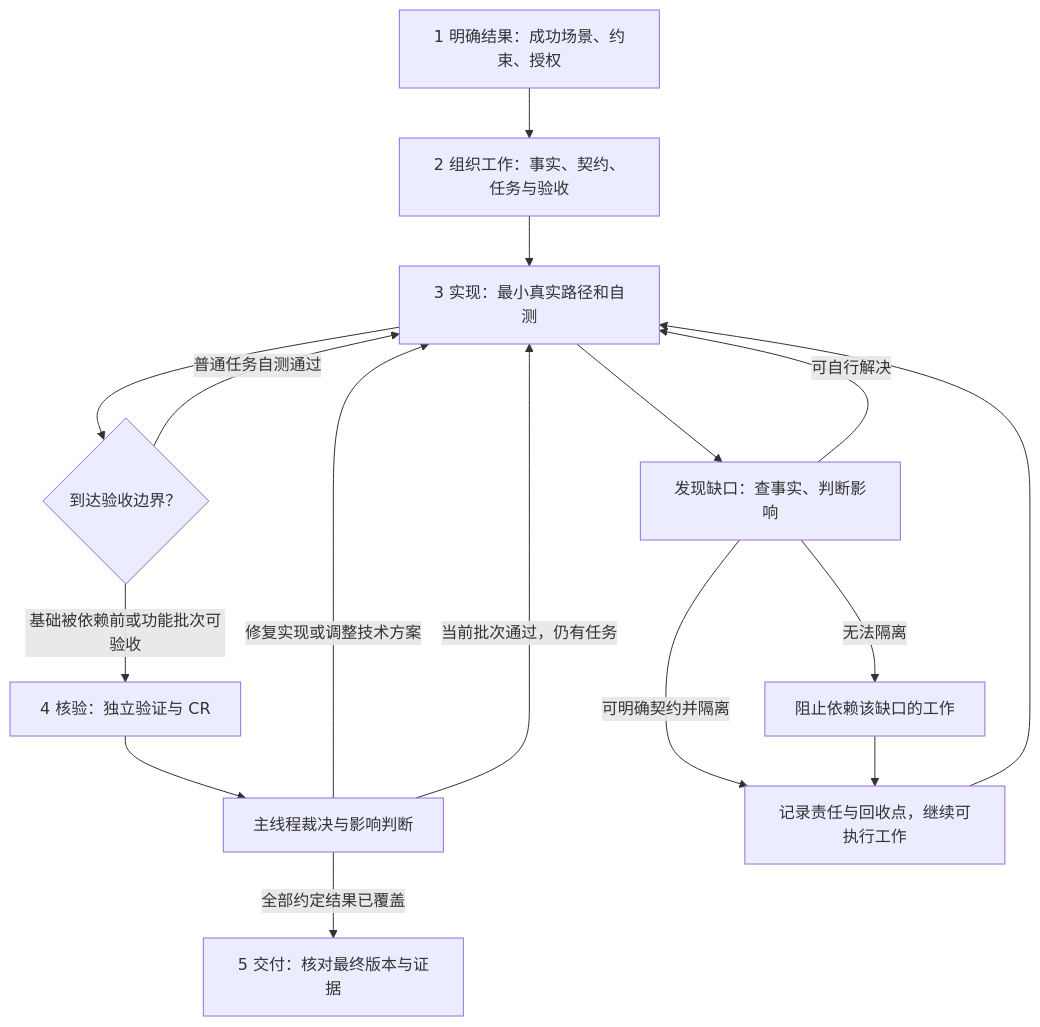
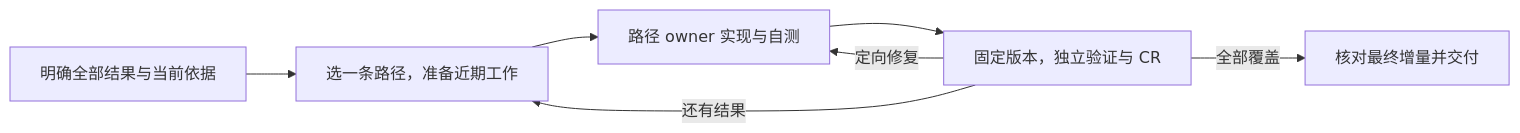
The diagram in references/delivery/agent-delivery-flow.md (ZHXHONG919/ai-coding-playbook), drawn with Mermaid before and after one commit. The commit also changed other lines of this file and 49 other files, not shown here.

````diff
--- a/references/delivery/agent-delivery-flow.md
+++ b/references/delivery/agent-delivery-flow.md
@@ -7,18 +11,9 @@
 ```mermaid
-flowchart TD
-  A[1 明确结果：成功场景、约束、授权] --> B[2 组织工作：事实、契约、任务与验收]
-  B --> C[3 实现：最小真实路径和自测]
-  C --> D{到达验收边界？}
-  D -->|普通任务自测通过| C
-  D -->|基础被依赖前或功能批次可验收| E[4 核验：独立验证与 CR]
-  E --> F[主线程裁决与影响判断]
-  F -->|修复实现或调整技术方案| C
-  F -->|当前批次通过，仍有任务| C
-  F -->|全部约定结果已覆盖| G[5 交付：核对最终版本与证据]
-  C --> H[发现缺口：查事实、判断影响]
-  H -->|可自行解决| C
-  H -->|可明确契约并隔离| I[记录责任与回收点，继续可执行工作]
-  I --> C
-  H -->|无法隔离| J[阻止依赖该缺口的工作]
-  J --> I
+flowchart LR
+  A[明确全部结果与当前依据] --> B[选一条路径，准备近期工作]
+  B --> C[路径 owner 实现与自测]
+  C --> D[固定版本，独立验证与 CR]
+  D -->|定向修复| C
+  D -->|还有结果| B
+  D -->|全部覆盖| E[核对最终增量并交付]
 ```
````
